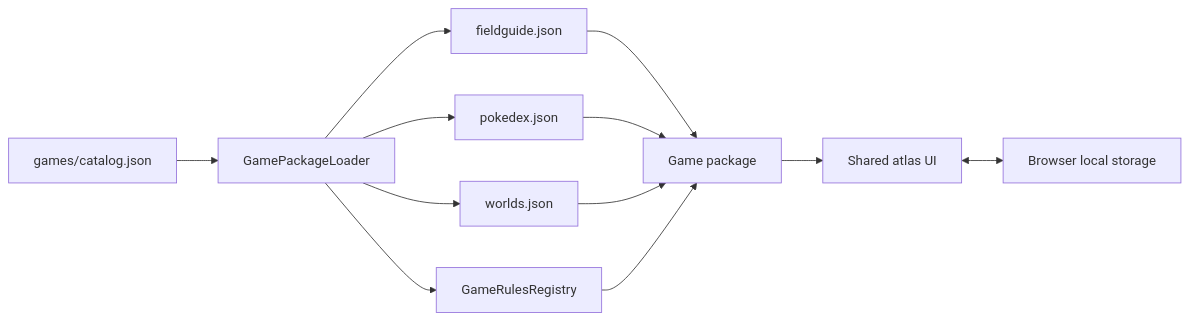
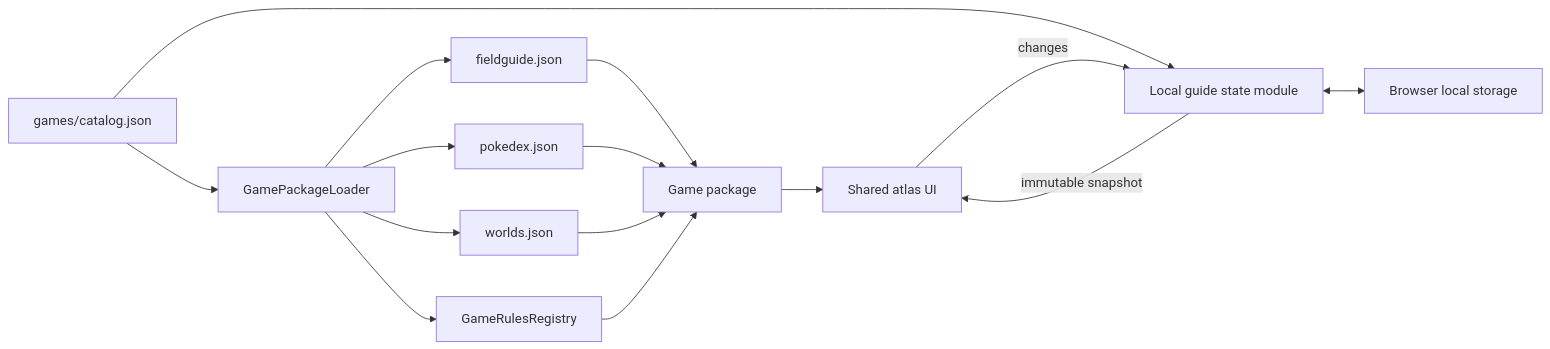
The diagram in docs/architecture.md (trowgundam/pokemon_field_guide), drawn with Mermaid before and after one commit. The commit also changed other lines of this file and 6 other files, not shown here.

````diff
--- a/docs/architecture.md
+++ b/docs/architecture.md
@@ -11,14 +11,17 @@
 ```mermaid
 flowchart LR
     C[games/catalog.json] --> L[GamePackageLoader]
     L --> D[fieldguide.json]
     L --> P[pokedex.json]
     L --> W[worlds.json]
     L --> R[GameRulesRegistry]
     D --> G[Game package]
     P --> G
     W --> G
     R --> G
     G --> U[Shared atlas UI]
-    U <--> S[Browser local storage]
+    C --> M[Local guide state module]
+    U -->|changes| M
+    M -->|immutable snapshot| U
+    M <--> S[Browser local storage]
 ```
````
